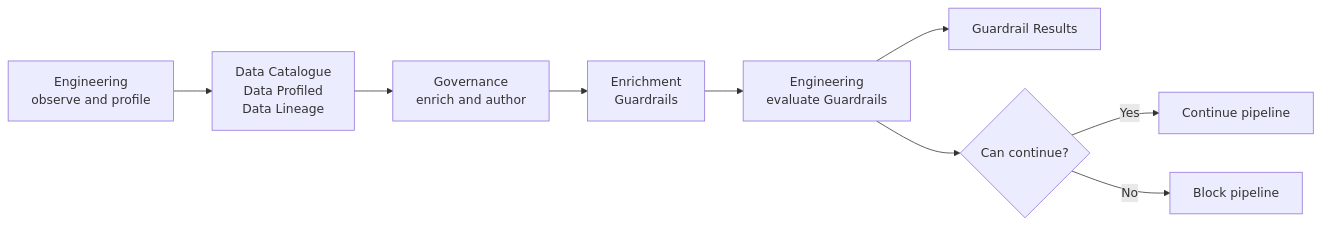
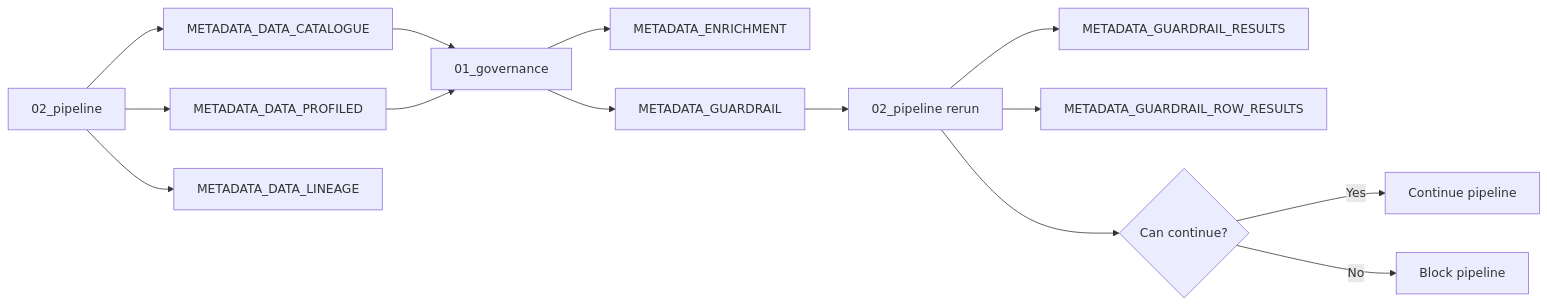
Before and after one commit to Voycepeh/FabricOps-Starter-Kit: the diagram in docs/guided-demo/03-enrich-guardrails.md, drawn with Mermaid. The commit also changed other lines of this file, not shown here.

Commit message:
docs: show concrete metadata in guardrail flow

````diff
--- a/docs/guided-demo/03-enrich-guardrails.md
+++ b/docs/guided-demo/03-enrich-guardrails.md
@@ -53,11 +53,18 @@
     ```mermaid
     flowchart LR
-        OBSERVE["Engineering<br/>observe and profile"] --> EVIDENCE["Data Catalogue<br/>Data Profiled<br/>Data Lineage"]
-        EVIDENCE --> AUTHOR["Governance<br/>enrich and author"]
-        AUTHOR --> INTENT["Enrichment<br/>Guardrails"]
-        INTENT --> EVALUATE["Engineering<br/>evaluate Guardrails"]
-        EVALUATE --> RESULTS["Guardrail Results"]
-        EVALUATE --> DECISION{"Can continue?"}
+        PIPELINE["02_pipeline"] --> CATALOGUE["METADATA_DATA_CATALOGUE"]
+        PIPELINE --> PROFILED["METADATA_DATA_PROFILED"]
+        PIPELINE --> LINEAGE["METADATA_DATA_LINEAGE"]
+
+        CATALOGUE --> GOV["01_governance"]
+        PROFILED --> GOV
+        GOV --> ENRICHMENT["METADATA_ENRICHMENT"]
+        GOV --> GUARDRAIL["METADATA_GUARDRAIL"]
+
+        GUARDRAIL --> RERUN["02_pipeline rerun"]
+        RERUN --> RESULTS["METADATA_GUARDRAIL_RESULTS"]
+        RERUN --> ROWRESULTS["METADATA_GUARDRAIL_ROW_RESULTS"]
+        RERUN --> DECISION{"Can continue?"}
         DECISION -->|Yes| CONTINUE["Continue pipeline"]
         DECISION -->|No| BLOCK["Block pipeline"]
     ```
````
